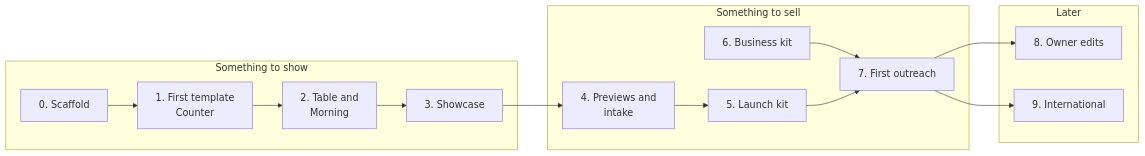
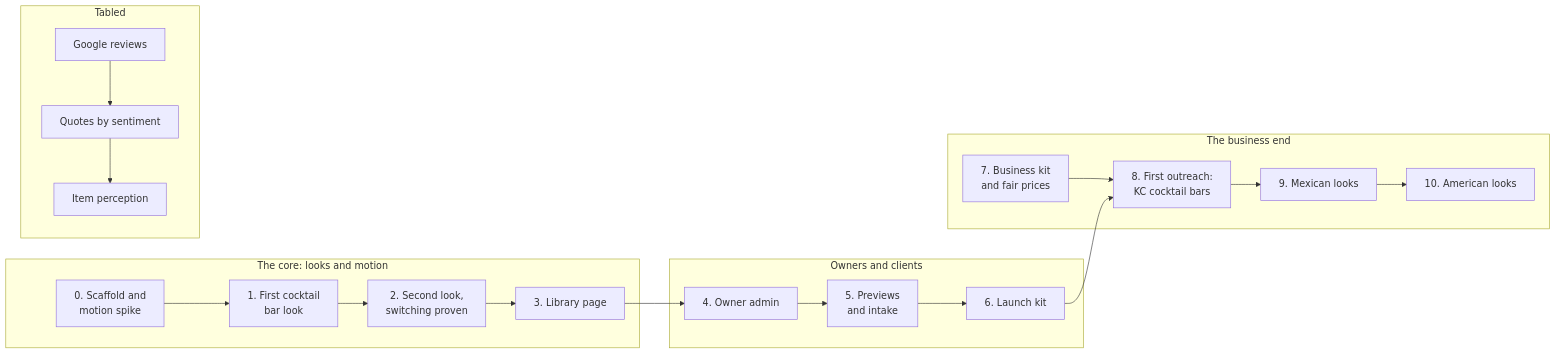
The diagram in menufactory/requirements/00-plan.md (MoAbboud/PortFolio), drawn with Mermaid before and after one commit. The commit also changed other lines of this file and 13 other files, not shown here.

Commit message:
menufactory: keep only the latest requirements in menufactory/ and drop resto-dir/, plus the layer - a separate product, one pasted script that draws motion over a venue's existing site, independent of the library of full sites

````diff
--- a/menufactory/requirements/00-plan.md
+++ b/menufactory/requirements/00-plan.md
@@ -32,18 +37,25 @@
 ```mermaid
 flowchart LR
-    subgraph A[Something to show]
-        S0[0. Scaffold] --> S1[1. First template<br/>Counter]
-        S1 --> S2[2. Table and<br/>Morning]
-        S2 --> S3[3. Showcase]
+    subgraph A[The core: looks and motion]
+        S0[0. Scaffold and<br/>motion spike] --> S1[1. First cocktail<br/>bar look]
+        S1 --> S2[2. Second look,<br/>switching proven]
+        S2 --> S3[3. Library page]
     end
-    subgraph B[Something to sell]
-        S3 --> S4[4. Previews and<br/>intake]
-        S4 --> S5[5. Launch kit]
-        S6[6. Business kit] --> S7[7. First outreach]
-        S5 --> S7
+    subgraph B[Owners and clients]
+        S3 --> S4[4. Owner admin]
+        S4 --> S5[5. Previews<br/>and intake]
+        S5 --> S6[6. Launch kit]
     end
-    subgraph C[Later]
-        S7 --> S8[8. Owner edits]
-        S7 --> S9[9. International]
+    subgraph C[The business end]
+        S7[7. Business kit<br/>and fair prices] --> S8[8. First outreach:<br/>KC cocktail bars]
+        S6 --> S8
+        S8 --> S9[9. Mexican looks]
+        S9 --> S10[10. American looks]
+    end
+    subgraph T[Tabled]
+        T1[Google reviews]
+        T2[Quotes by sentiment]
+        T3[Item perception]
+        T1 --> T2 --> T3
     end
 ```
````
